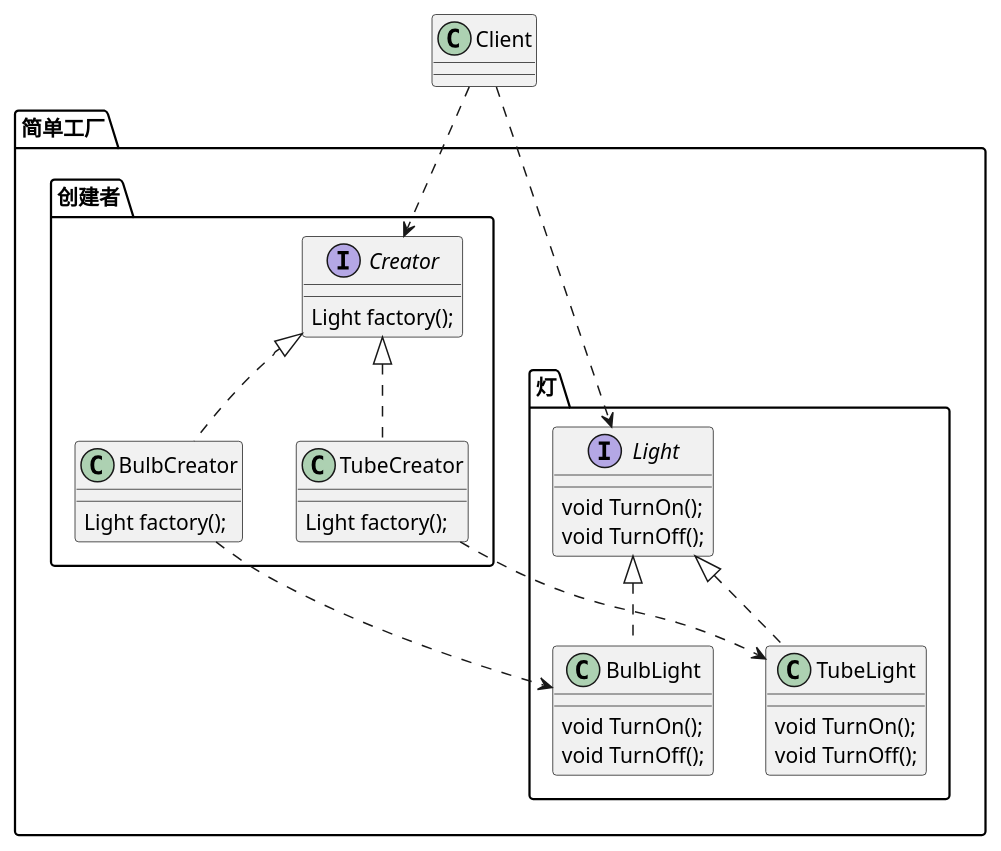
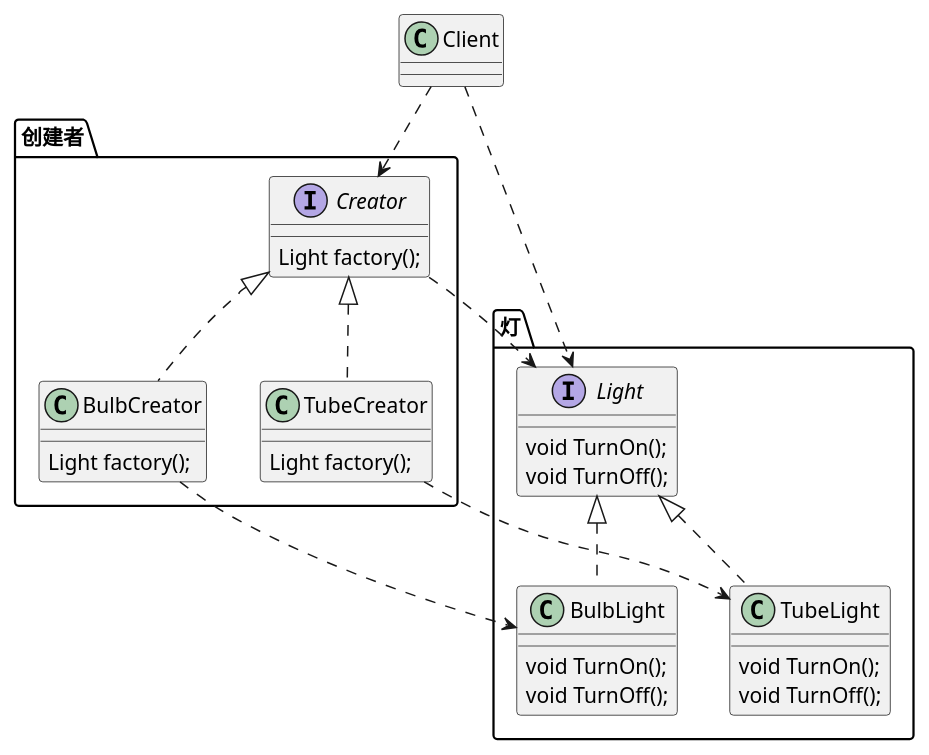
One commit to zhouyuming/zhouyuming.github.io changed the diagram in MyNotes/设计模式/C语言设计模式实践/01.创建型模式之工厂模式.md. Above: the diagram before and after it, drawn with PlantUML.

````diff
--- a/MyNotes/设计模式/C语言设计模式实践/01.创建型模式之工厂模式.md
+++ b/MyNotes/设计模式/C语言设计模式实践/01.创建型模式之工厂模式.md
@@ -19,45 +19,44 @@
 ```plantuml
 @startuml 简单工厂
 
 class Client
-package 简单工厂 {
     package 创建者 {
         interface Creator {
             Light factory();
         }
         class BulbCreator {
             Light factory();
         }
         class TubeCreator {
             Light factory();
         }
         class BulbCreator implements Creator
         class TubeCreator implements Creator
     }
 
     package 灯 {
         interface Light {
             void TurnOn();
             void TurnOff();
         }
         class BulbLight {
             void TurnOn();
             void TurnOff();
         }
         class TubeLight {
             void TurnOn();
             void TurnOff();
         }
         class BulbLight implements Light
         class TubeLight implements Light
     }
-}
 
+Creator -[dashed]-> Light
 Client -[dashed]-> Creator
 Client -[dashed]-> Light
 
 BulbCreator -[dashed]-> BulbLight
 TubeCreator -[dashed]-> TubeLight
 
 @enduml
 ```
````
